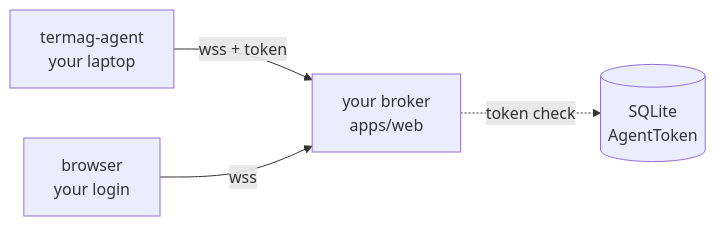
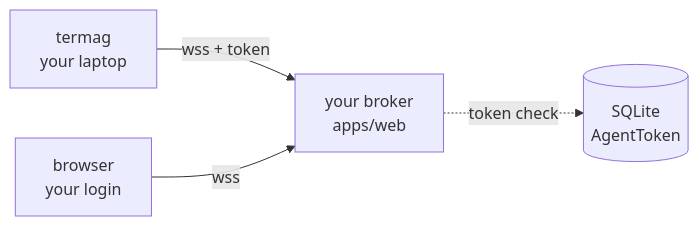
Before and after one commit to yeutterg/termag: the second of 2 diagrams in README.md, drawn with Mermaid. The commit also changed other lines of this file and 12 other files, not shown here.

````diff
--- a/README.md
+++ b/README.md
@@ -59,6 +59,6 @@
 ```mermaid
 graph LR
-    Agent[termag-agent<br/>your laptop] -- wss + token --> Broker[your broker<br/>apps/web]
+    Agent[termag<br/>your laptop] -- wss + token --> Broker[your broker<br/>apps/web]
     Browser[browser<br/>your login] -- wss --> Broker
     Broker -. token check .-> DB[(SQLite<br/>AgentToken)]
 ```
````
